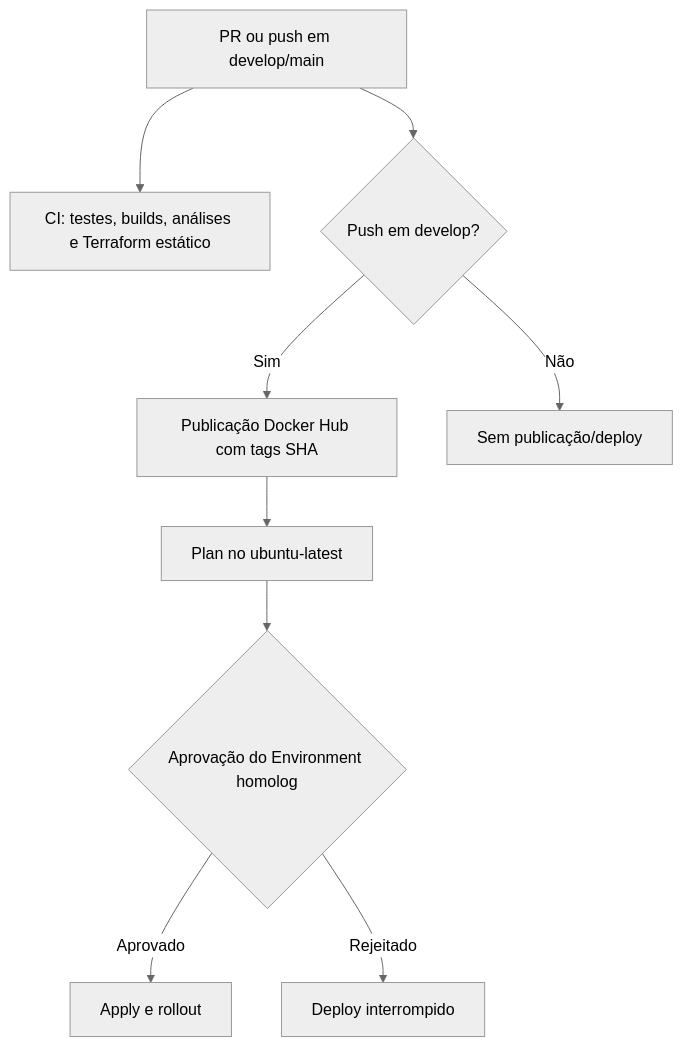
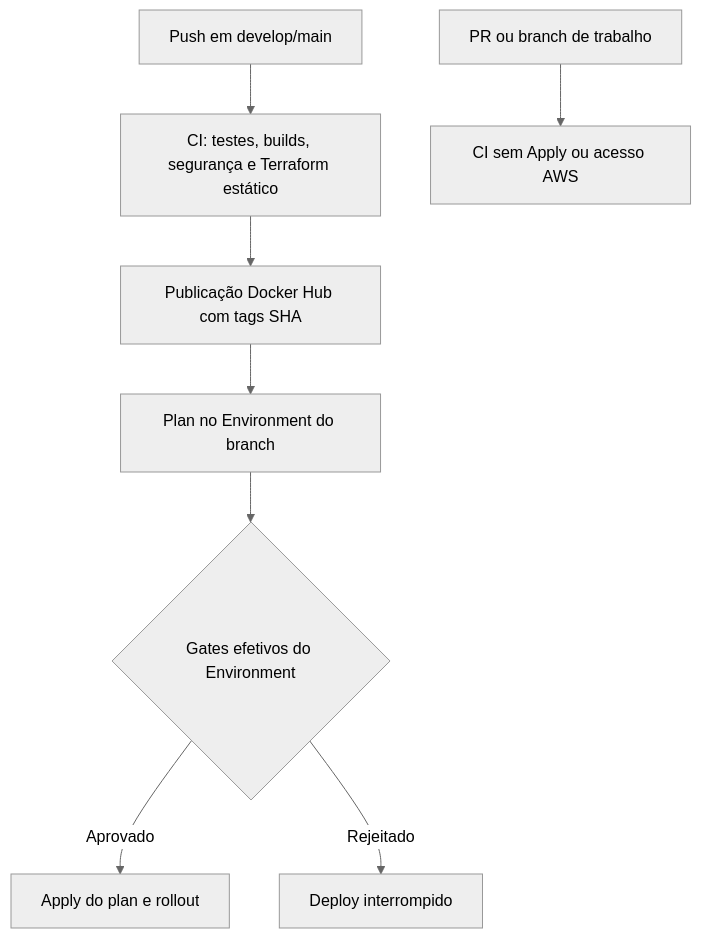
One commit to autoflow-fiap/autoflow changed the diagram in README.md. Above: the diagram before and after it, drawn with Mermaid (neutral theme). The commit also changed other lines of this file and 9 other files, not shown here.

````diff
--- a/README.md
+++ b/README.md
@@ -192,11 +224,10 @@
 ```mermaid
 flowchart TD
-  A[PR ou push em develop/main] --> B[CI: testes, builds, análises e Terraform estático]
-  A --> C{Push em develop?}
-  C -->|Sim| D[Publicação Docker Hub com tags SHA]
-  D --> P[Plan no ubuntu-latest]
-  P --> G{Aprovação do Environment homolog}
-  G -->|Aprovado| T[Apply e rollout]
+  A[Push em develop/main] --> B[CI: testes, builds, segurança e Terraform estático]
+  B --> D[Publicação Docker Hub com tags SHA]
+  D --> P[Plan no Environment do branch]
+  P --> G{Gates efetivos do Environment}
+  G -->|Aprovado| T[Apply do plan e rollout]
   G -->|Rejeitado| X[Deploy interrompido]
-  C -->|Não| F[Sem publicação/deploy]
+  R[PR ou branch de trabalho] --> C[CI sem Apply ou acesso AWS]
 ```
````
